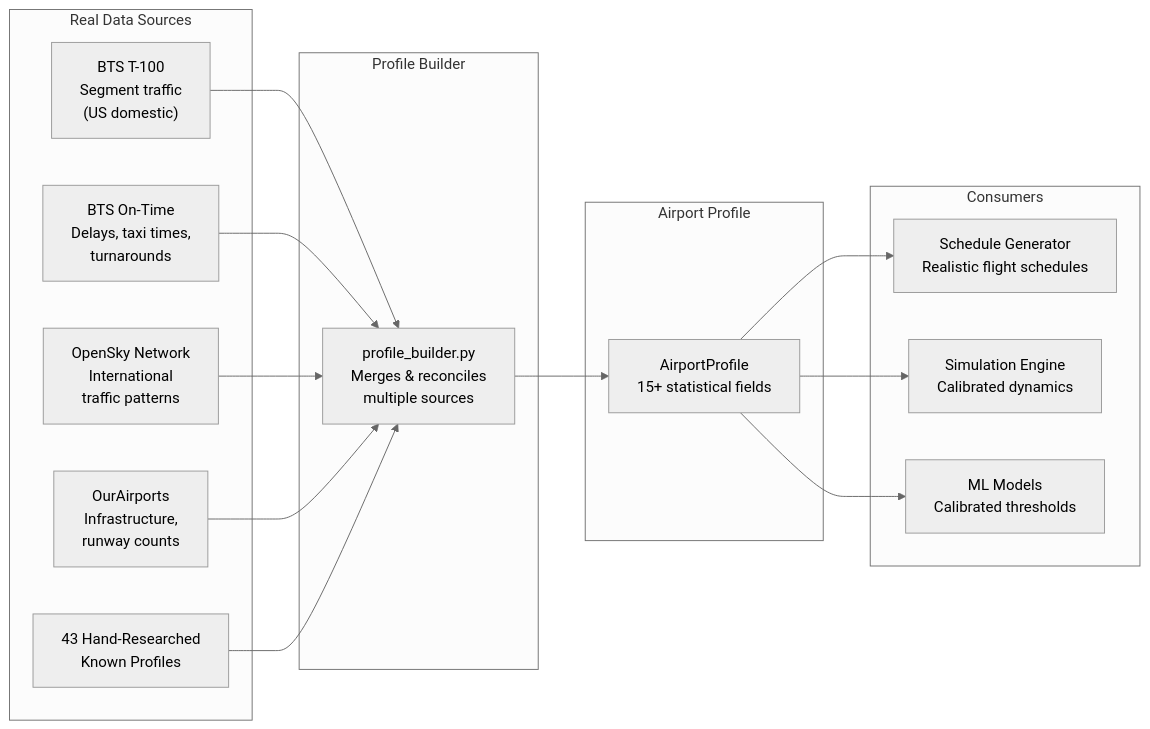
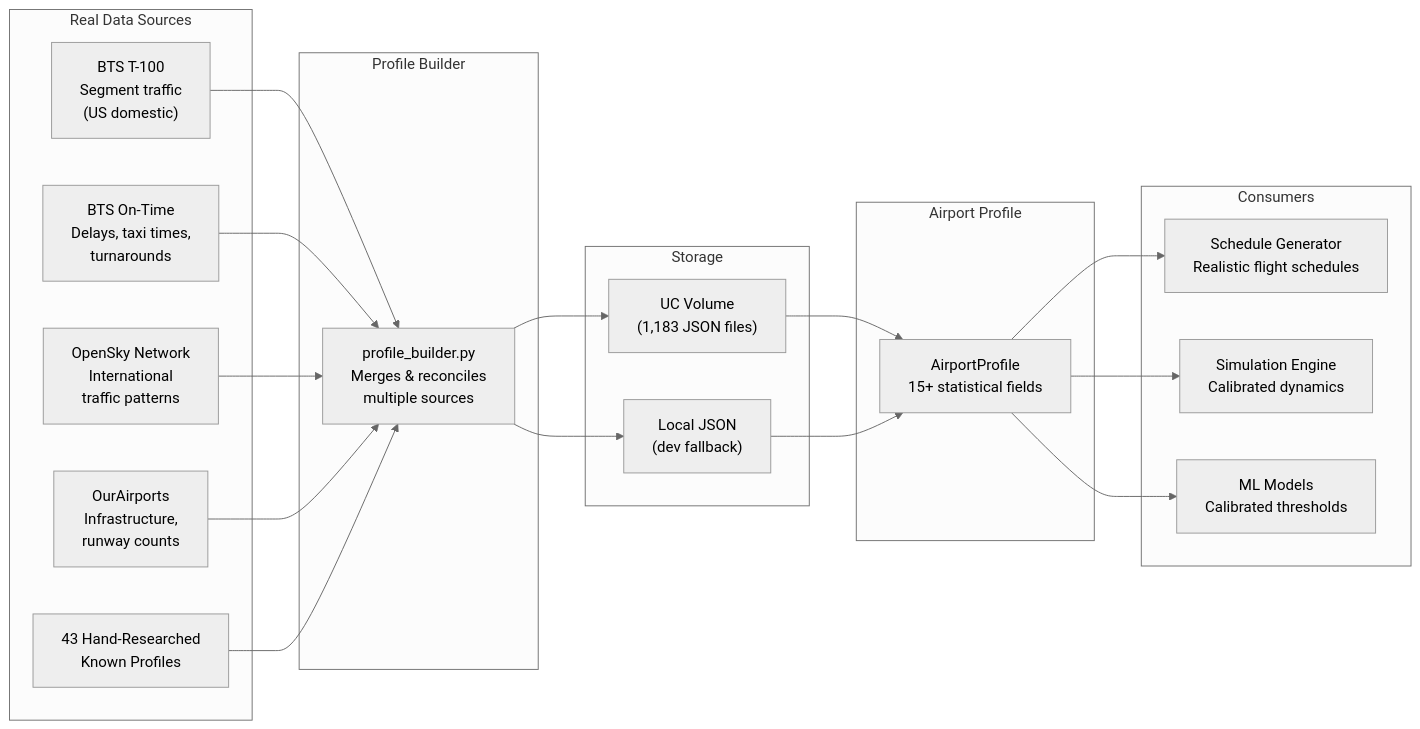
The third of 5 diagrams in README.md (LaurentPRAT-DB/databricks-airport-digital-twin), drawn with Mermaid (neutral theme) before and after one commit. The commit also changed other lines of this file and 4 other files, not shown here.

First line of the commit message:
docs: update documentation to reflect UC Volume storage for calibration profiles

````diff
--- a/README.md
+++ b/README.md
@@ -193,26 +212,32 @@
 ```mermaid
 graph LR
     subgraph "Real Data Sources"
         BTS1["BTS T-100<br/>Segment traffic<br/>(US domestic)"]
         BTS2["BTS On-Time<br/>Delays, taxi times,<br/>turnarounds"]
         OSK["OpenSky Network<br/>International<br/>traffic patterns"]
         OA["OurAirports<br/>Infrastructure,<br/>runway counts"]
         KP["43 Hand-Researched<br/>Known Profiles"]
     end
 
     subgraph "Profile Builder"
         PB["profile_builder.py<br/>Merges & reconciles<br/>multiple sources"]
     end
 
+    subgraph "Storage"
+        VOL["UC Volume<br/>(1,183 JSON files)"]
+        LOCAL["Local JSON<br/>(dev fallback)"]
+    end
+
     subgraph "Airport Profile"
         AP["AirportProfile<br/>15+ statistical fields"]
     end
 
     subgraph "Consumers"
         SG["Schedule Generator<br/>Realistic flight schedules"]
         SE["Simulation Engine<br/>Calibrated dynamics"]
         ML["ML Models<br/>Calibrated thresholds"]
     end
 
-    BTS1 & BTS2 & OSK & OA & KP --> PB --> AP --> SG & SE & ML
+    BTS1 & BTS2 & OSK & OA & KP --> PB --> VOL & LOCAL
+    VOL & LOCAL --> AP --> SG & SE & ML
 ```
````
